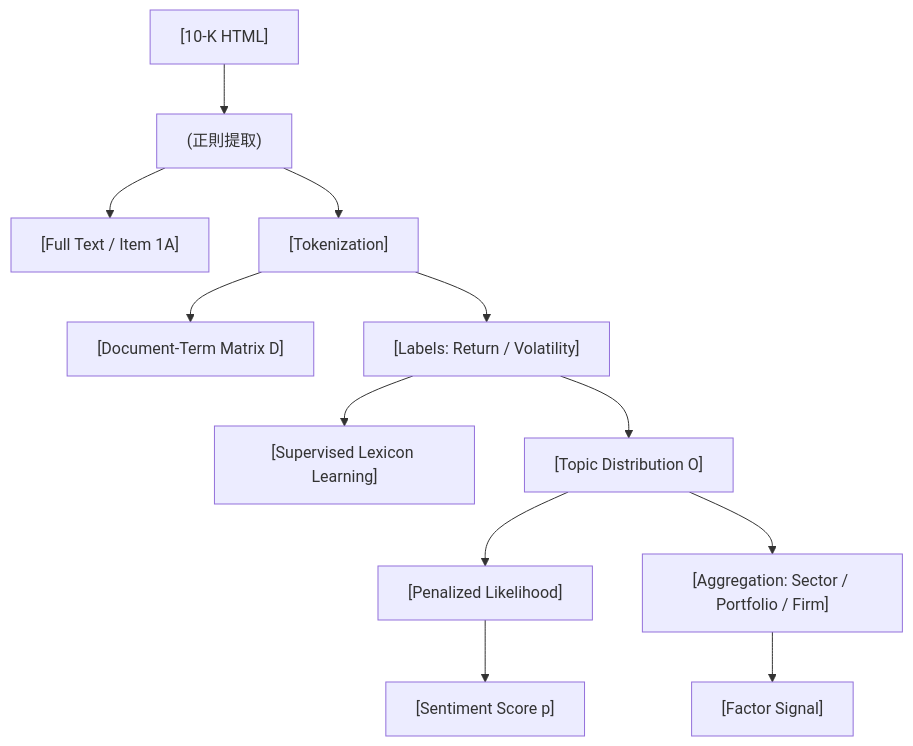
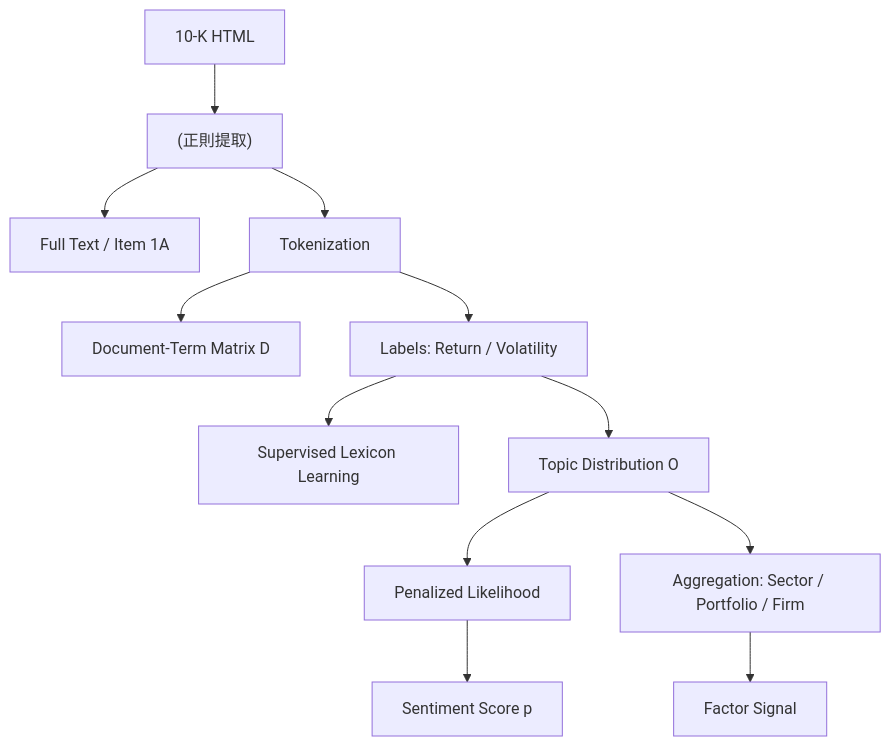
One commit to sou350121/Trading-Handbook changed the diagram in foundations/factor-mining/supervised-lexicon-learning.md. Above: the diagram before and after it, drawn with Mermaid. The commit also changed other lines of this file and 191 other files, not shown here.

First line of the commit message:
render: fix math + mermaid for GitHub across the corpus (188 pages)

````diff
--- a/foundations/factor-mining/supervised-lexicon-learning.md
+++ b/foundations/factor-mining/supervised-lexicon-learning.md
@@ -32,14 +32,14 @@
 ```mermaid
 flowchart TD
-  N1["[10-K HTML]"] --> N2["(正則提取)"]
-  N2 --> N3["[Full Text / Item 1A]"]
-  N2 --> N4["[Tokenization]"]
-  N4 --> N5["[Document-Term Matrix D]"]
-  N4 --> N6["[Labels: Return / Volatility]"]
-  N6 --> N7["[Supervised Lexicon Learning]"]
-  N6 --> N8["[Topic Distribution O]"]
-  N8 --> N9["[Penalized Likelihood]"]
-  N9 --> N10["[Sentiment Score p]"]
-  N8 --> N11["[Aggregation: Sector / Portfolio / Firm]"]
-  N11 --> N12["[Factor Signal]"]
+  N1["10-K HTML"] --> N2["(正則提取)"]
+  N2 --> N3["Full Text / Item 1A"]
+  N2 --> N4["Tokenization"]
+  N4 --> N5["Document-Term Matrix D"]
+  N4 --> N6["Labels: Return / Volatility"]
+  N6 --> N7["Supervised Lexicon Learning"]
+  N6 --> N8["Topic Distribution O"]
+  N8 --> N9["Penalized Likelihood"]
+  N9 --> N10["Sentiment Score p"]
+  N8 --> N11["Aggregation: Sector / Portfolio / Firm"]
+  N11 --> N12["Factor Signal"]
 ```
````
